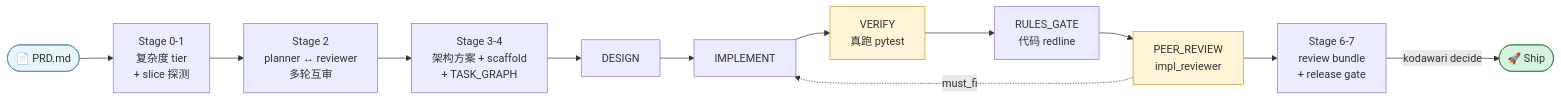
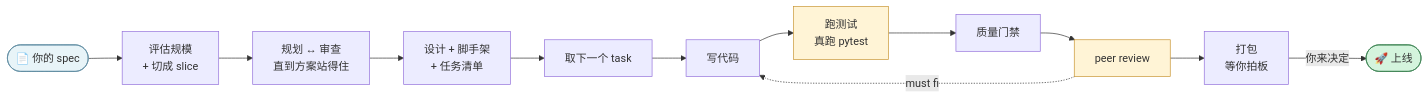
One commit to liafei/kodawari changed the diagram in README.zh-CN.md. Above: the diagram before and after it, drawn with Mermaid. The commit also changed other lines of this file and 1 other file, not shown here.

Commit message:
docs: plain-language pass on "How it works" — diagram labels, fix-loop note, roles table
The one block left close to the original now matches the rest:
- Mermaid: plain node labels (your spec / size it up / plan ↔ review / write
  code / run tests / quality gate / peer review / ship) instead of internal
  stage names (Stage 0-1, RULES_GATE, impl_reviewer, TASK_GRAPH).
- Fix-loop note reworded to match the new labels.
- Roles table in plain language (drop "strict tool-use protocol" jargon).
- EN + zh-CN kept consistent.

````diff
--- a/README.zh-CN.md
+++ b/README.zh-CN.md
@@ -68,19 +68,19 @@
 ```mermaid
 flowchart LR
-    PRD([📄 PRD.md]) --> TIER[Stage 0-1<br/>复杂度 tier<br/>+ slice 探测]
-    TIER --> PLAN[Stage 2<br/>planner ↔ reviewer<br/>多轮互审]
-    PLAN --> GRAPH[Stage 3-4<br/>架构方案 + scaffold<br/>+ TASK_GRAPH]
-    GRAPH --> D[DESIGN]
-    D --> I[IMPLEMENT]
-    I --> V[VERIFY<br/>真跑 pytest]
-    V --> R[RULES_GATE<br/>代码 redline]
-    R --> RV[PEER_REVIEW<br/>impl_reviewer]
-    RV -.must_fix.-> I
-    RV --> BUNDLE[Stage 6-7<br/>review bundle<br/>+ release gate]
-    BUNDLE -->|kodawari decide| SHIP([🚀 Ship])
+    PRD([📄 你的 spec]) --> TIER[评估规模<br/>+ 切成 slice]
+    TIER --> PLAN[规划 ↔ 审查<br/>直到方案站得住]
+    PLAN --> GRAPH[设计 + 脚手架<br/>+ 任务清单]
+    GRAPH --> D[取下一个 task]
+    D --> I[写代码]
+    I --> V[跑测试<br/>真跑 pytest]
+    V --> R[质量门禁]
+    R --> RV[peer review]
+    RV -.must fix.-> I
+    RV --> BUNDLE[打包<br/>等你拍板]
+    BUNDLE -->|你来决定| SHIP([🚀 上线])
 
     style PRD fill:#e8f4f8,stroke:#5c8aa0
     style SHIP fill:#d4f4dd,stroke:#3a8050
     style V fill:#fff4d6,stroke:#c89432
     style RV fill:#fff4d6,stroke:#c89432
 ```
````
